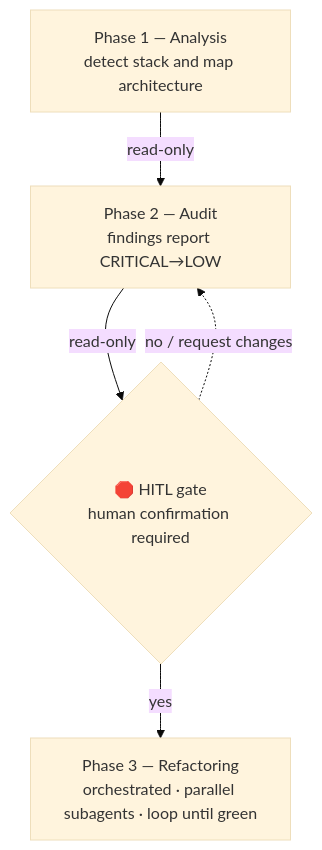
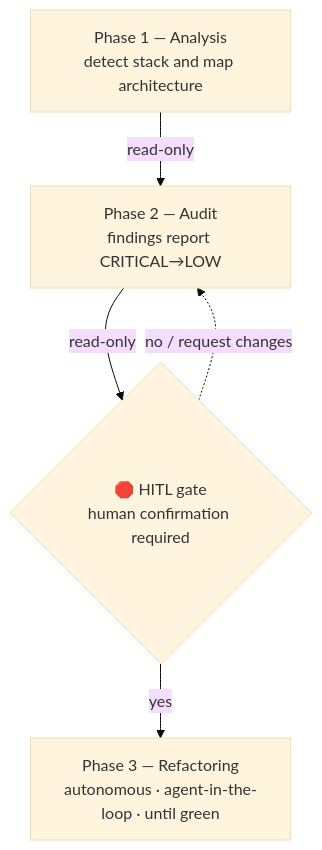
One commit to yahuchanam/mba-ia-refactor-projects-skill changed the first of 2 diagrams in .claude/skills/refactor-arch/SKILL.md. Above: the diagram before and after it, drawn with Mermaid (base theme). The commit also changed other lines of this file and 9 other files, not shown here.

````diff
--- a/.claude/skills/refactor-arch/SKILL.md
+++ b/.claude/skills/refactor-arch/SKILL.md
@@ -19,12 +19,12 @@
 ```mermaid
 flowchart TD
     F1["Phase 1 — Analysis<br/>detect stack and map architecture"]
     F2["Phase 2 — Audit<br/>findings report CRITICAL→LOW"]
     GATE{"🛑 HITL gate<br/>human confirmation required"}
-    F3["Phase 3 — Refactoring<br/>orchestrated · parallel subagents · loop until green"]
+    F3["Phase 3 — Refactoring<br/>autonomous · agent-in-the-loop · until green"]
 
     F1 -->|read-only| F2
     F2 -->|read-only| GATE
     GATE -->|yes| F3
     GATE -.->|no / request changes| F2
 ```
````
